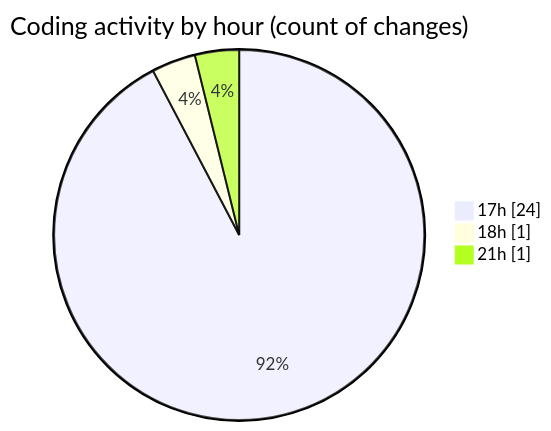
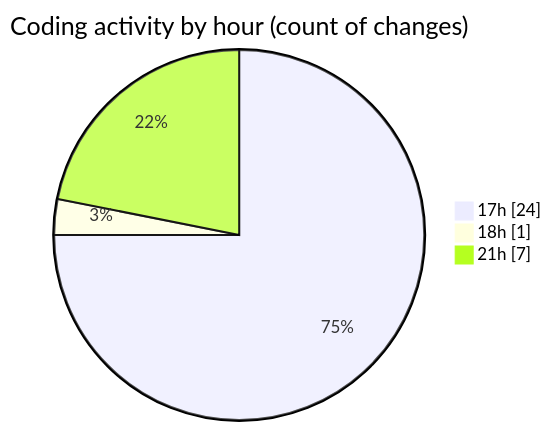
The second of 2 diagrams in 2025-07-13/tampermonkey/README.md (EIIisD/code-tracking), drawn with Mermaid before and after one commit. The commit also changed other lines of this file and 1 other file, not shown here.

````diff
--- a/2025-07-13/tampermonkey/README.md
+++ b/2025-07-13/tampermonkey/README.md
@@ -43,7 +43,7 @@
 ```mermaid
 pie showData
 title Coding activity by hour (count of changes)
 "17h" : 24
 "18h" : 1
-"21h" : 1
+"21h" : 7
 ```
````
